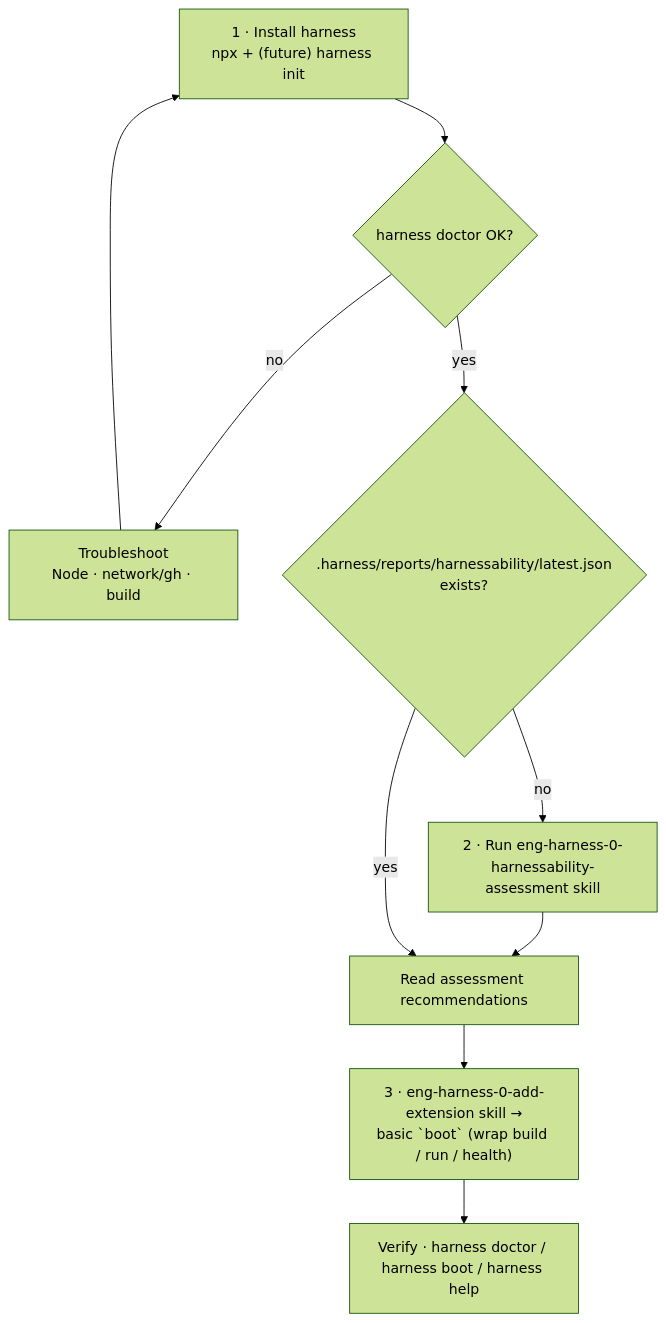
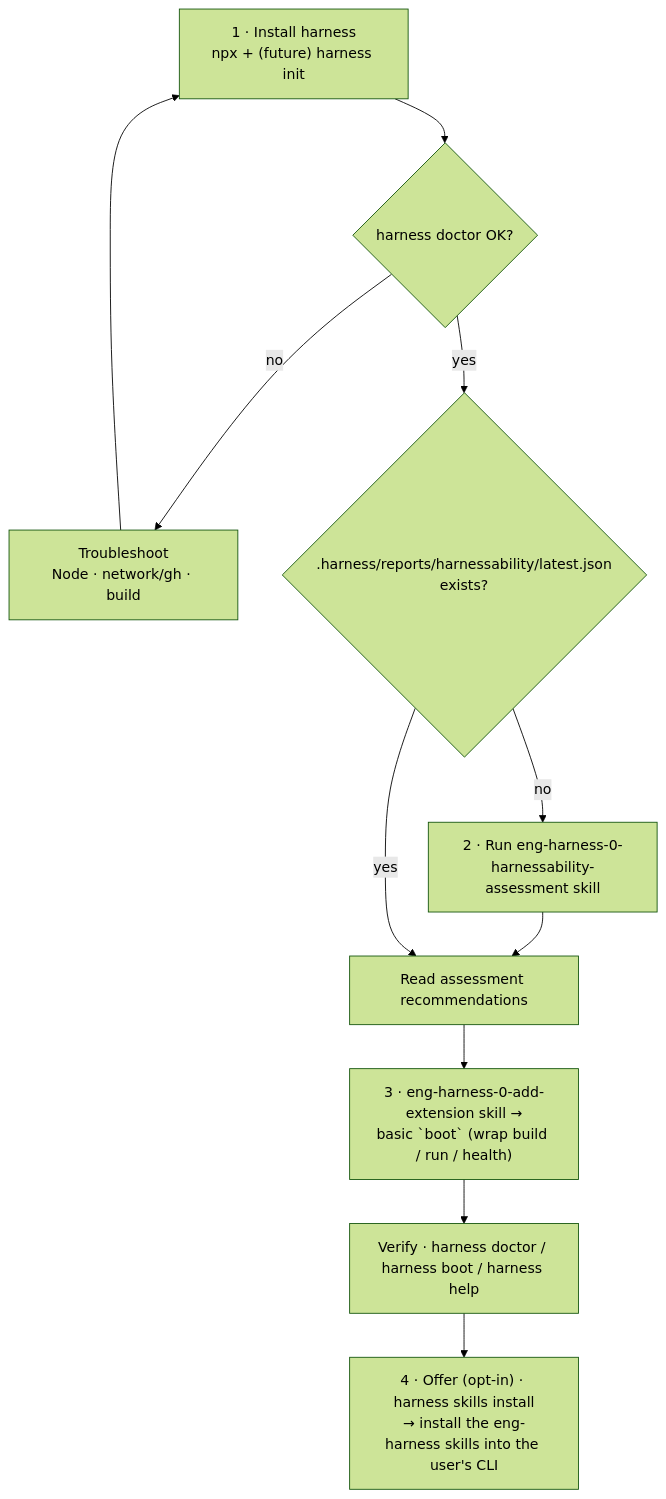
Before and after one commit to AI-Substrate/harness-engineering: the diagram in skills/eng-harness-setup/eng-harness-0-setup/SKILL.md, drawn with Mermaid (forest theme). The commit also changed other lines of this file, not shown here.

First line of the commit message:
docs(skill): eng-harness-0-setup offers harness skills install (T010)

````diff
--- a/skills/eng-harness-setup/eng-harness-0-setup/SKILL.md
+++ b/skills/eng-harness-setup/eng-harness-0-setup/SKILL.md
@@ -15,10 +15,11 @@
 ```mermaid
 flowchart TD
     A["1 · Install harness<br/>npx + (future) harness init"] --> Ad{harness doctor OK?}
     Ad -- no --> At["Troubleshoot<br/>Node · network/gh · build"] --> A
     Ad -- yes --> C{".harness/reports/harnessability/latest.json<br/>exists?"}
     C -- no --> D["2 · Run eng-harness-0-harnessability-assessment skill"] --> E
     C -- yes --> E["Read assessment recommendations"]
     E --> F["3 · eng-harness-0-add-extension skill →<br/>basic `boot` (wrap build / run / health)"]
     F --> V["Verify · harness doctor / harness boot / harness help"]
+    V --> S["4 · Offer (opt-in) · harness skills install<br/>→ install the eng-harness skills into the user's CLI"]
 ```
````
